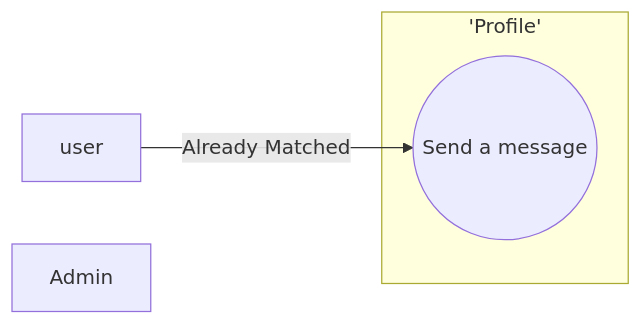
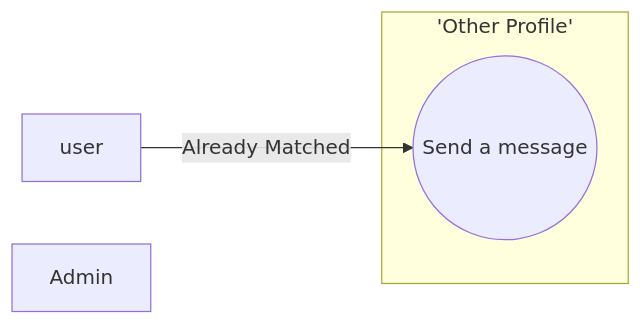
The fourth of 5 diagrams in README.MD (Omar1H1/initiative-app), drawn with Mermaid before and after one commit. The commit also changed other lines of this file, not shown here.

Commit message:
Update: README

````diff
--- a/README.MD
+++ b/README.MD
@@ -44,13 +44,13 @@
 ```mermaid
 flowchart LR
-    subgraph 'Profile'
+    subgraph 'Other Profile'
 
     uc2((Send a message))
 
     end
     user[user]
     admin[Admin]
 
     user --Already Matched--> uc2
 
 ```
````
